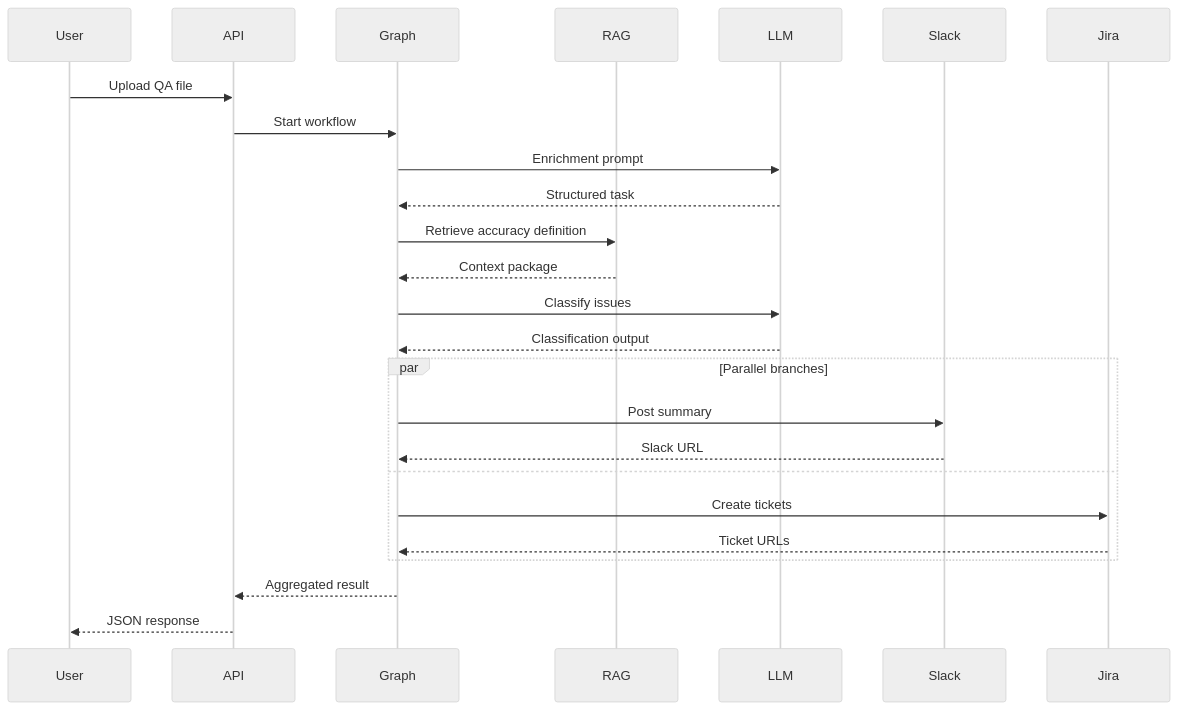
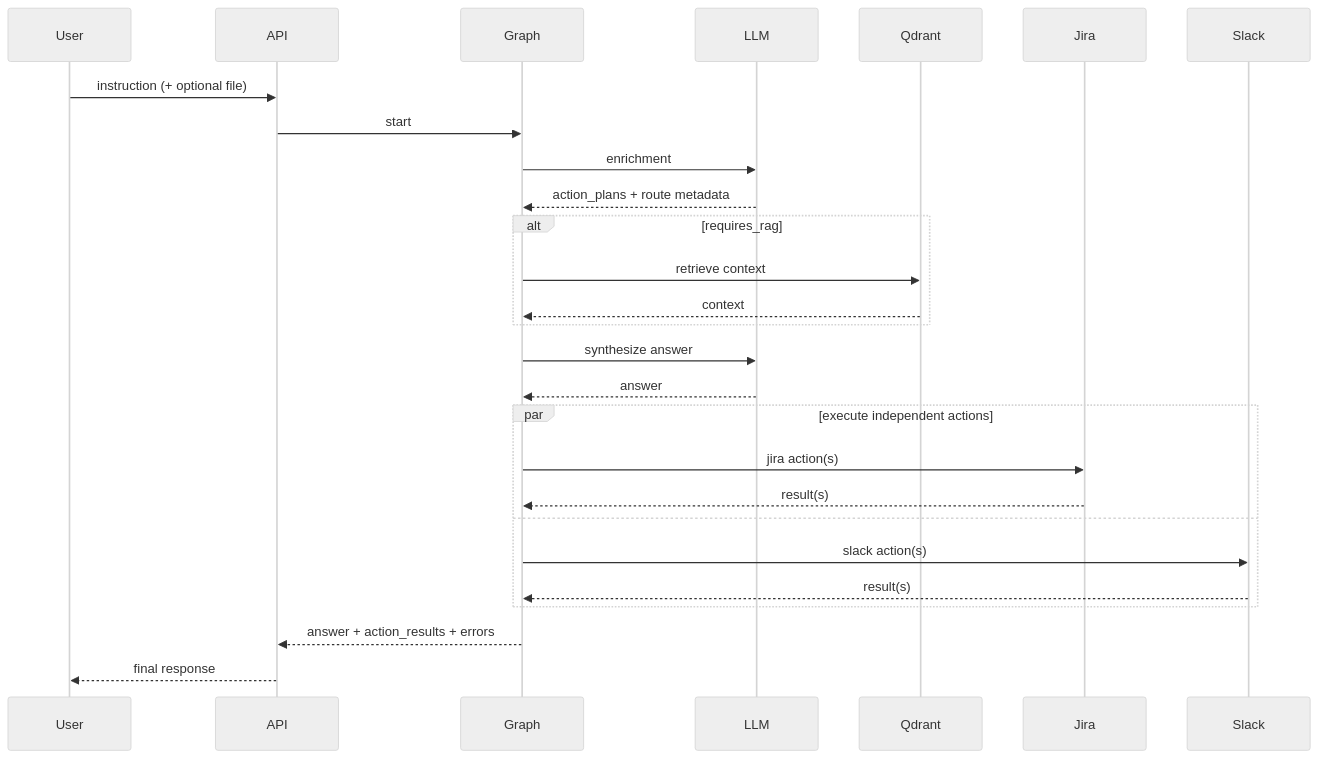
The third of 6 diagrams in docs/diagram.md (thanhit08/aiagt-aia), drawn with Mermaid (neutral theme) before and after one commit. The commit also changed other lines of this file and 18 other files, not shown here.

Commit message:
Generalize docs to full Jira/Slack action catalog orchestration

````diff
--- a/docs/diagram.md
+++ b/docs/diagram.md
@@ -61,30 +33,34 @@
 ```mermaid
 sequenceDiagram
-    participant User
-    participant API
-    participant Graph
-    participant RAG
-    participant LLM
-    participant Slack
-    participant Jira
+    participant U as User
+    participant A as API
+    participant G as Graph
+    participant L as LLM
+    participant R as Qdrant
+    participant J as Jira
+    participant S as Slack
 
-    User->>API: Upload QA file
-    API->>Graph: Start workflow
-    Graph->>LLM: Enrichment prompt
-    LLM-->>Graph: Structured task
-    Graph->>RAG: Retrieve accuracy definition
-    RAG-->>Graph: Context package
-    Graph->>LLM: Classify issues
-    LLM-->>Graph: Classification output
+    U->>A: instruction (+ optional file)
+    A->>G: start
+    G->>L: enrichment
+    L-->>G: action_plans + route metadata
 
-    par Parallel branches
-      Graph->>Slack: Post summary
-      Slack-->>Graph: Slack URL
-    and
-      Graph->>Jira: Create tickets
-      Jira-->>Graph: Ticket URLs
+    alt requires_rag
+      G->>R: retrieve context
+      R-->>G: context
     end
 
-    Graph-->>API: Aggregated result
-    API-->>User: JSON response
+    G->>L: synthesize answer
+    L-->>G: answer
+
+    par execute independent actions
+      G->>J: jira action(s)
+      J-->>G: result(s)
+    and
+      G->>S: slack action(s)
+      S-->>G: result(s)
+    end
+
+    G-->>A: answer + action_results + errors
+    A-->>U: final response
 ```
````
